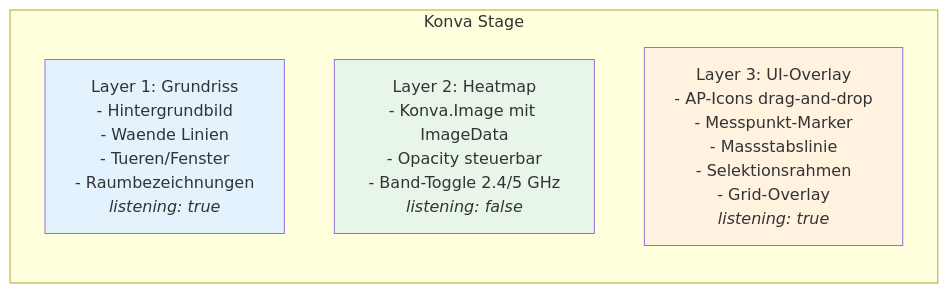
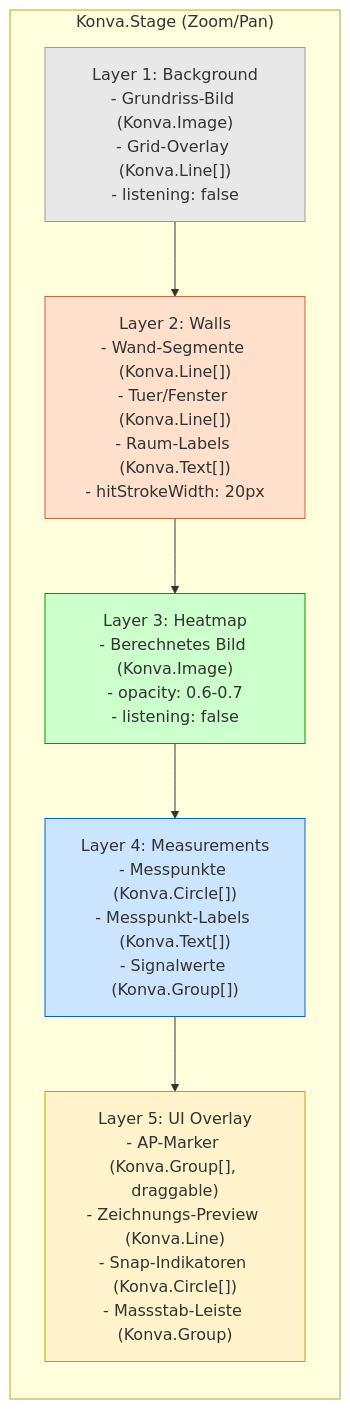
Before and after one commit to 8chM/wlan-optimizer: the fourth of 15 diagrams in docs/architecture/Architektur.md, drawn with Mermaid. The commit also changed other lines of this file and 90 other files, not shown here.

````diff
--- a/docs/architecture/Architektur.md
+++ b/docs/architecture/Architektur.md
@@ -256,13 +303,19 @@
 ```mermaid
 graph TB
-    subgraph "Konva Stage"
+    subgraph Stage["Konva.Stage (Zoom/Pan)"]
         direction TB
-        L1[Layer 1: Grundriss<br/>- Hintergrundbild<br/>- Waende Linien<br/>- Tueren/Fenster<br/>- Raumbezeichnungen<br/><i>listening: true</i>]
-        L2[Layer 2: Heatmap<br/>- Konva.Image mit ImageData<br/>- Opacity steuerbar<br/>- Band-Toggle 2.4/5 GHz<br/><i>listening: false</i>]
-        L3[Layer 3: UI-Overlay<br/>- AP-Icons drag-and-drop<br/>- Messpunkt-Marker<br/>- Massstabslinie<br/>- Selektionsrahmen<br/>- Grid-Overlay<br/><i>listening: true</i>]
+        L1["Layer 1: Background<br/>- Grundriss-Bild (Konva.Image)<br/>- Grid-Overlay (Konva.Line[])<br/>- listening: false"]
+        L2["Layer 2: Walls<br/>- Wand-Segmente (Konva.Line[])<br/>- Tuer/Fenster (Konva.Line[])<br/>- Raum-Labels (Konva.Text[])<br/>- hitStrokeWidth: 20px"]
+        L3["Layer 3: Heatmap<br/>- Berechnetes Bild (Konva.Image)<br/>- opacity: 0.6-0.7<br/>- listening: false"]
+        L4["Layer 4: Measurements<br/>- Messpunkte (Konva.Circle[])<br/>- Messpunkt-Labels (Konva.Text[])<br/>- Signalwerte (Konva.Group[])"]
+        L5["Layer 5: UI Overlay<br/>- AP-Marker (Konva.Group[], draggable)<br/>- Zeichnungs-Preview (Konva.Line)<br/>- Snap-Indikatoren (Konva.Circle[])<br/>- Massstab-Leiste (Konva.Group)"]
     end
 
-    style L2 fill:#e8f5e9
-    style L1 fill:#e3f2fd
-    style L3 fill:#fff3e0
+    L1 --> L2 --> L3 --> L4 --> L5
+
+    style L1 fill:#e8e8e8,stroke:#999
+    style L2 fill:#ffe0cc,stroke:#cc6633
+    style L3 fill:#ccffcc,stroke:#009900
+    style L4 fill:#cce5ff,stroke:#0066cc
+    style L5 fill:#fff3cc,stroke:#cc9900
 ```
````
